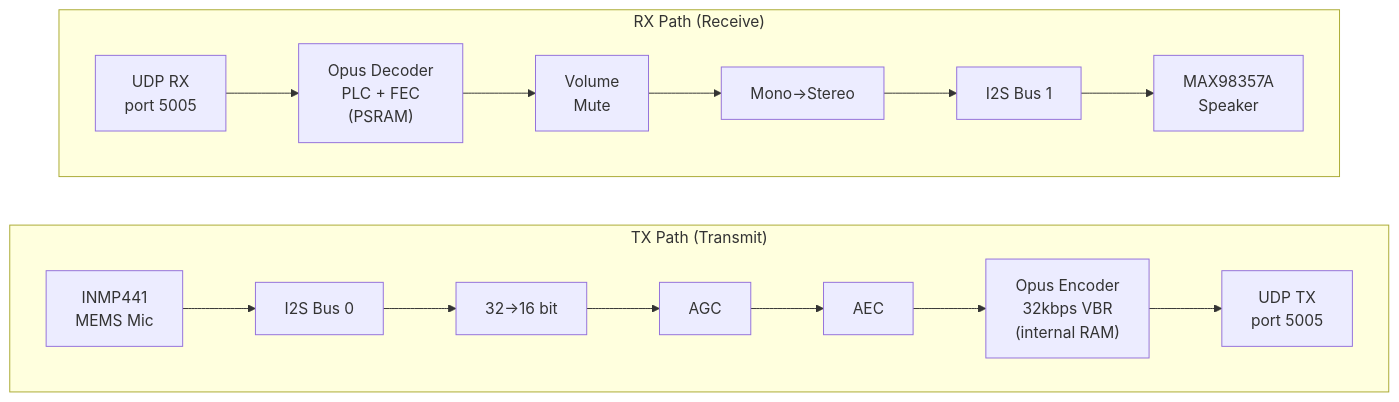
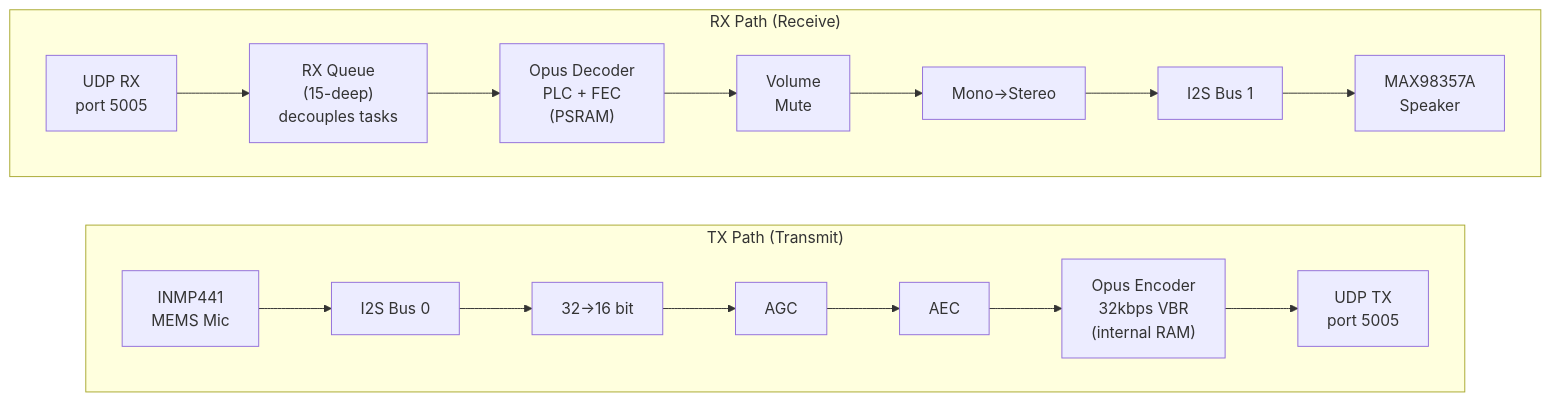
Before and after one commit to Bri-J-C/ha-intercom: the second of 3 diagrams in README.md, drawn with Mermaid. The commit also changed other lines of this file and 2 other files, not shown here.

Commit message:
Update documentation for v2.8.0 / hub v2.2.1 release

````diff
--- a/README.md
+++ b/README.md
@@ -71,27 +71,28 @@
 ```mermaid
 flowchart LR
     subgraph TX["TX Path (Transmit)"]
         direction LR
         MIC["INMP441<br/>MEMS Mic"]
         I2S_IN["I2S Bus 0"]
         CONV["32→16 bit"]
         AGC_B["AGC"]
         AEC_B["AEC"]
         ENC["Opus Encoder<br/>32kbps VBR<br/>(internal RAM)"]
         UDP_TX["UDP TX<br/>port 5005"]
 
         MIC --> I2S_IN --> CONV --> AGC_B --> AEC_B --> ENC --> UDP_TX
     end
 
     subgraph RX["RX Path (Receive)"]
         direction LR
         UDP_RX["UDP RX<br/>port 5005"]
+        QUEUE["RX Queue<br/>(15-deep)<br/>decouples tasks"]
         DEC["Opus Decoder<br/>PLC + FEC<br/>(PSRAM)"]
         VOL["Volume<br/>Mute"]
         STEREO["Mono→Stereo"]
         I2S_OUT["I2S Bus 1"]
         SPK["MAX98357A<br/>Speaker"]
 
-        UDP_RX --> DEC --> VOL --> STEREO --> I2S_OUT --> SPK
+        UDP_RX --> QUEUE --> DEC --> VOL --> STEREO --> I2S_OUT --> SPK
     end
 ```
````
